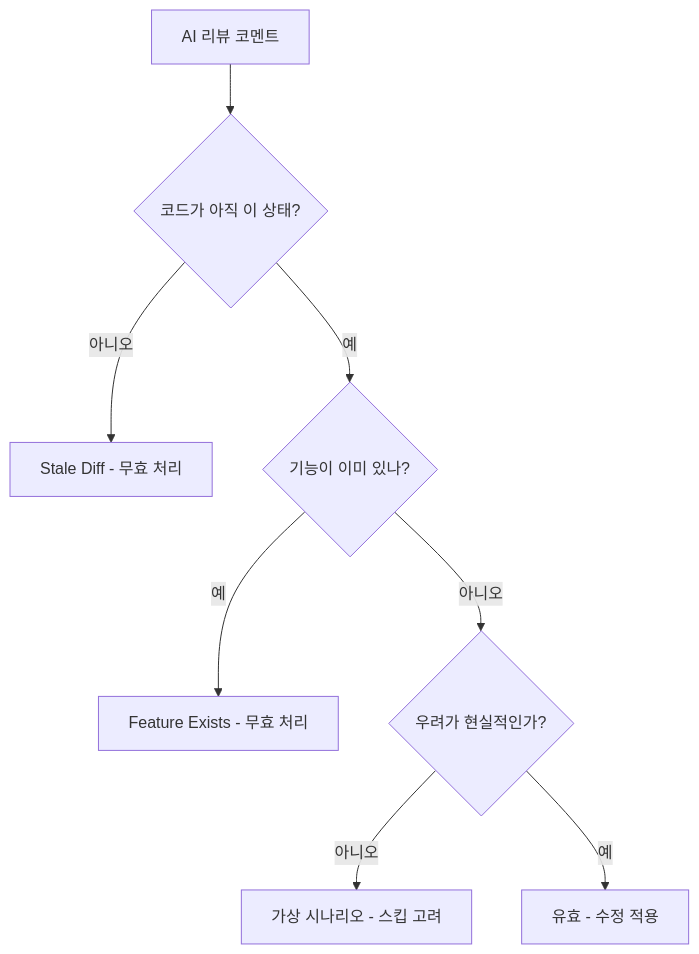
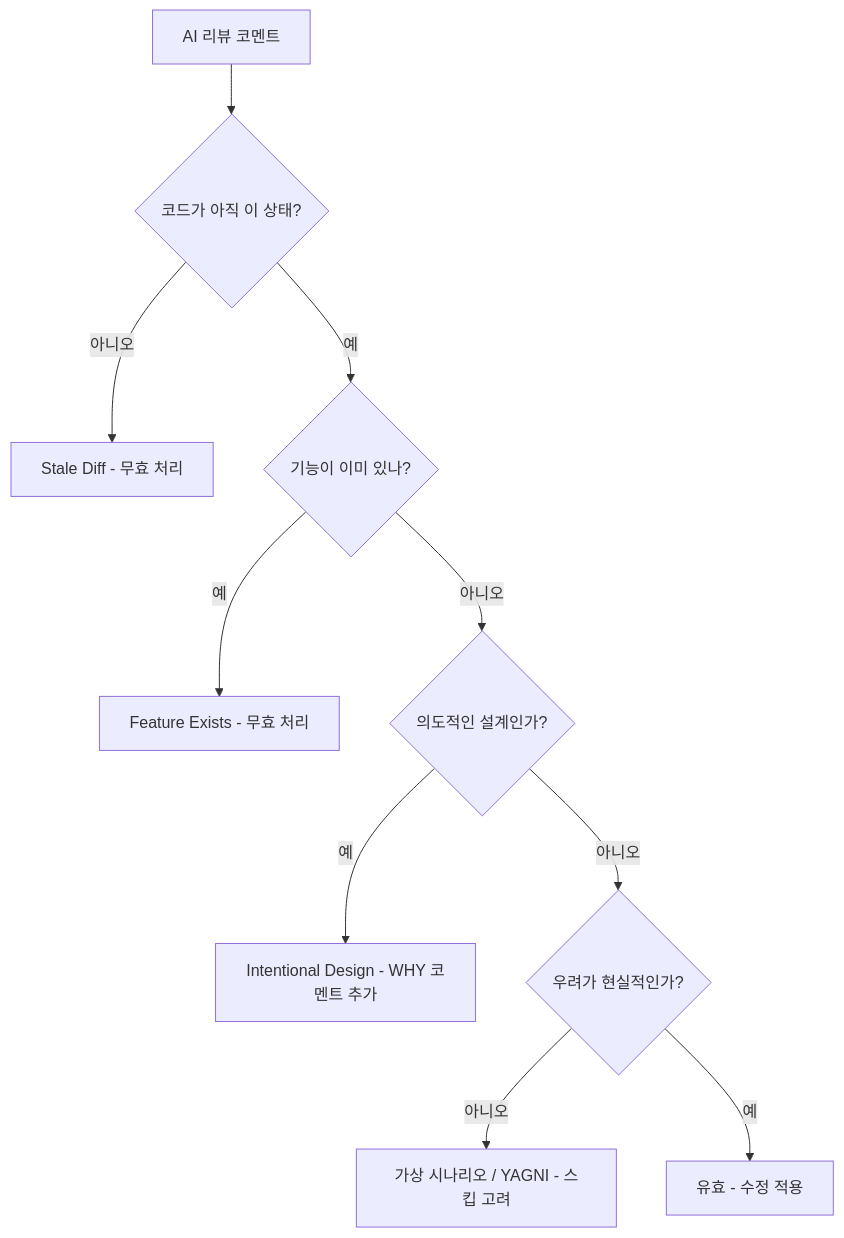
The diagram in src/content/posts/ko/ai-ml/ai-code-review-patterns.md (brandonwie/brandonwie.dev), drawn with Mermaid before and after one commit. The commit also changed other lines of this file and 17 other files, not shown here.

````diff
--- a/src/content/posts/ko/ai-ml/ai-code-review-patterns.md
+++ b/src/content/posts/ko/ai-ml/ai-code-review-patterns.md
@@ -102,10 +152,12 @@
 ```mermaid
 flowchart TB
     Review["AI 리뷰 코멘트"] --> Check{"코드가 아직 이 상태?"}
     Check -->|아니오| Stale["Stale Diff - 무효 처리"]
     Check -->|예| Exists{"기능이 이미 있나?"}
     Exists -->|예| FE["Feature Exists - 무효 처리"]
-    Exists -->|아니오| Valid{"우려가 현실적인가?"}
-    Valid -->|아니오| Hypo["가상 시나리오 - 스킵 고려"]
+    Exists -->|아니오| Intent{"의도적인 설계인가?"}
+    Intent -->|예| ID["Intentional Design - WHY 코멘트 추가"]
+    Intent -->|아니오| Valid{"우려가 현실적인가?"}
+    Valid -->|아니오| Hypo["가상 시나리오 / YAGNI - 스킵 고려"]
     Valid -->|예| Implement["유효 - 수정 적용"]
 ```
````
